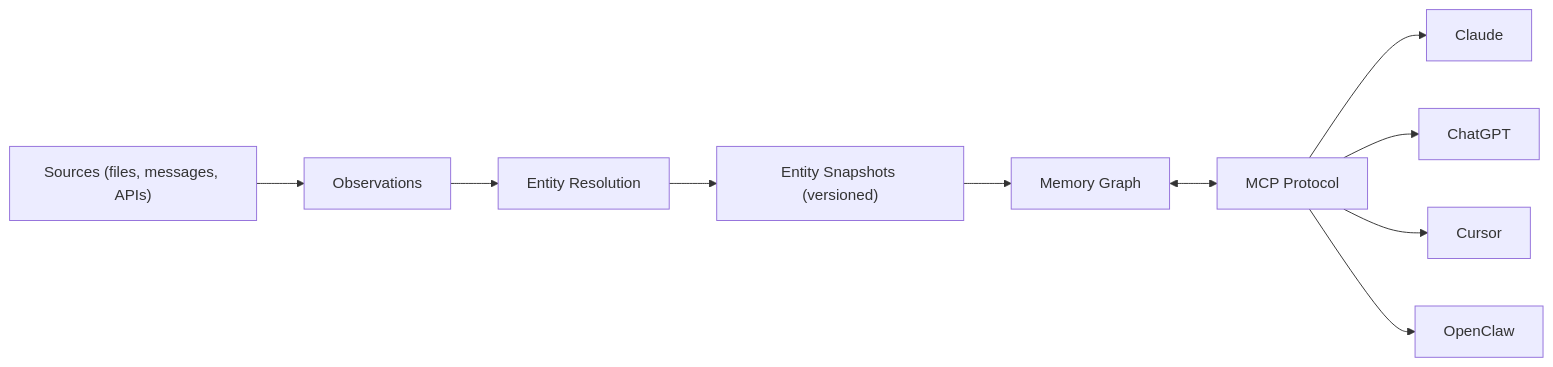
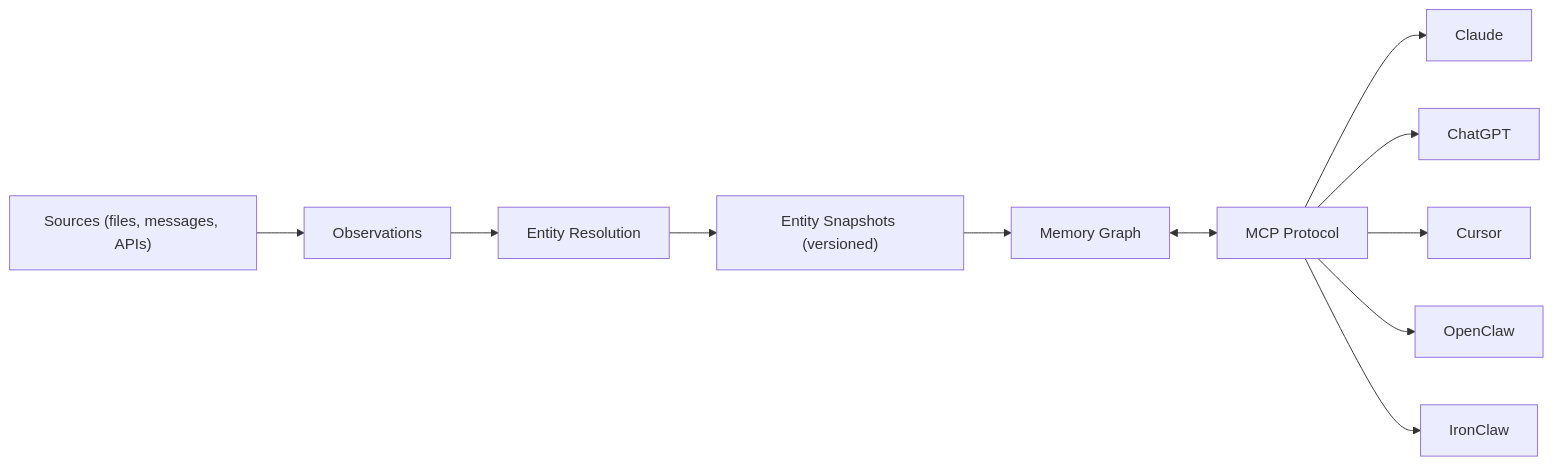
One commit to markmhendrickson/neotoma changed the diagram in README.md. Above: the diagram before and after it, drawn with Mermaid. The commit also changed other lines of this file and 3330 other files, not shown here.

````diff
--- a/README.md
+++ b/README.md
@@ -30,12 +30,13 @@
 ```mermaid
 graph LR
   Sources["Sources (files, messages, APIs)"] --> Obs[Observations]
   Obs --> Entities[Entity Resolution]
   Entities --> Snapshots["Entity Snapshots (versioned)"]
   Snapshots --> Graph[Memory Graph]
   Graph <--> MCP[MCP Protocol]
   MCP --> Claude
   MCP --> ChatGPT
   MCP --> Cursor
   MCP --> OpenClaw
+  MCP --> IronClaw
 ```
````
